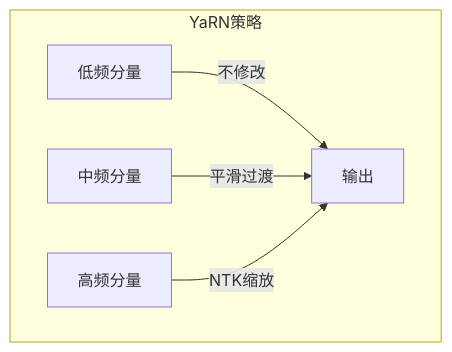
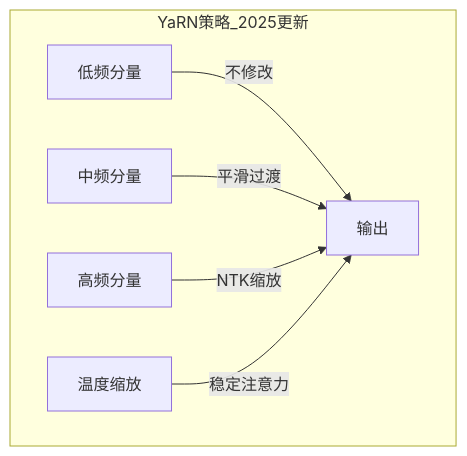
Diagram 12 of 15 in learning/website/docs/basics/04-positional-encoding.md (Xunzhuo/mini-sglang), drawn with Mermaid before and after one commit. The commit also changed other lines of this file and 7 other files, not shown here.

````diff
--- a/learning/website/docs/basics/04-positional-encoding.md
+++ b/learning/website/docs/basics/04-positional-encoding.md
@@ -264,8 +313,9 @@
 ```mermaid
 graph TB
-    subgraph YaRN策略
+    subgraph YaRN策略_2025更新
         L[低频分量] --> |不修改| O[输出]
         M[中频分量] --> |平滑过渡| O
         H[高频分量] --> |NTK缩放| O
+        T[温度缩放] --> |稳定注意力| O
     end
 ```
````
